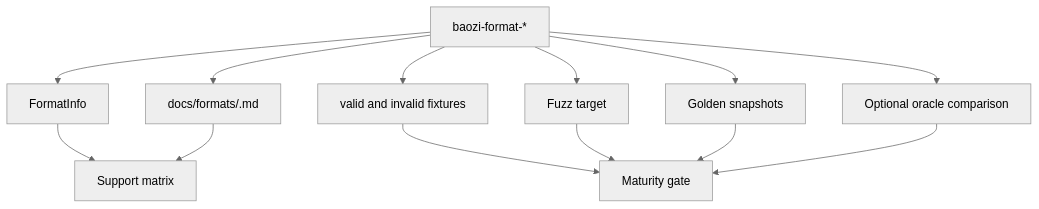
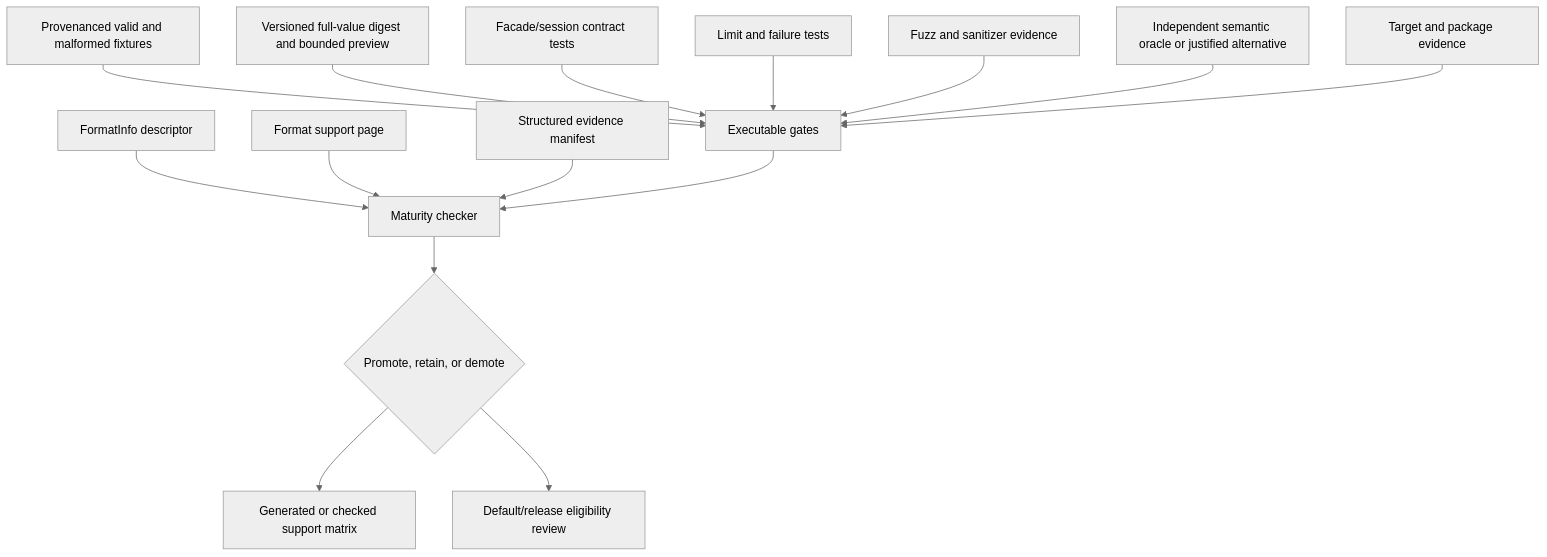
Before and after one commit to Latias94/baozi: the diagram in docs/adr/0011-format-support-tiers-and-compatibility-charter.md, drawn with Mermaid (neutral theme). The commit also changed other lines of this file and 86 other files, not shown here.

First line of the commit message:
feat(architecture): establish canonical contract authority

````diff
--- a/docs/adr/0011-format-support-tiers-and-compatibility-charter.md
+++ b/docs/adr/0011-format-support-tiers-and-compatibility-charter.md
@@ -37,16 +62,17 @@
 ```mermaid
 flowchart TD
-    FormatCrate[baozi-format-*] --> FormatInfo[FormatInfo]
-    FormatCrate --> FormatDoc[docs/formats/<format>.md]
-    FormatCrate --> Fixtures[valid and invalid fixtures]
-    FormatCrate --> Fuzz[Fuzz target]
-    FormatCrate --> Snapshots[Golden snapshots]
-    FormatCrate --> Oracle[Optional oracle comparison]
-
-    FormatInfo --> Matrix[Support matrix]
-    FormatDoc --> Matrix
-    Fixtures --> Gate[Maturity gate]
-    Fuzz --> Gate
-    Snapshots --> Gate
-    Oracle --> Gate
+    Descriptor[FormatInfo descriptor] --> Checker[Maturity checker]
+    Support[Format support page] --> Checker
+    Structured[Structured evidence manifest] --> Checker
+    Fixtures[Provenanced valid and malformed fixtures] --> Tests[Executable gates]
+    Golden[Versioned full-value digest and bounded preview] --> Tests
+    Facade[Facade/session contract tests] --> Tests
+    Limits[Limit and failure tests] --> Tests
+    Fuzz[Fuzz and sanitizer evidence] --> Tests
+    Oracle[Independent semantic oracle or justified alternative] --> Tests
+    Targets[Target and package evidence] --> Tests
+    Tests --> Checker
+    Checker --> Promotion{Promote, retain, or demote}
+    Promotion --> Matrix[Generated or checked support matrix]
+    Promotion --> Release[Default/release eligibility review]
 ```
````
